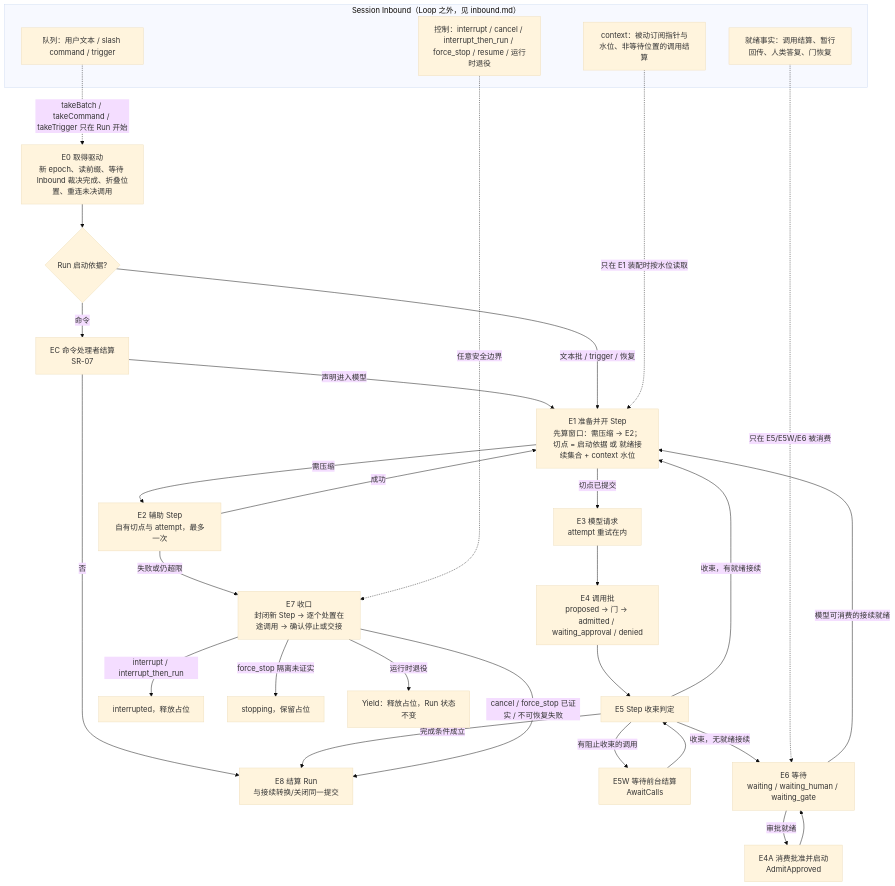
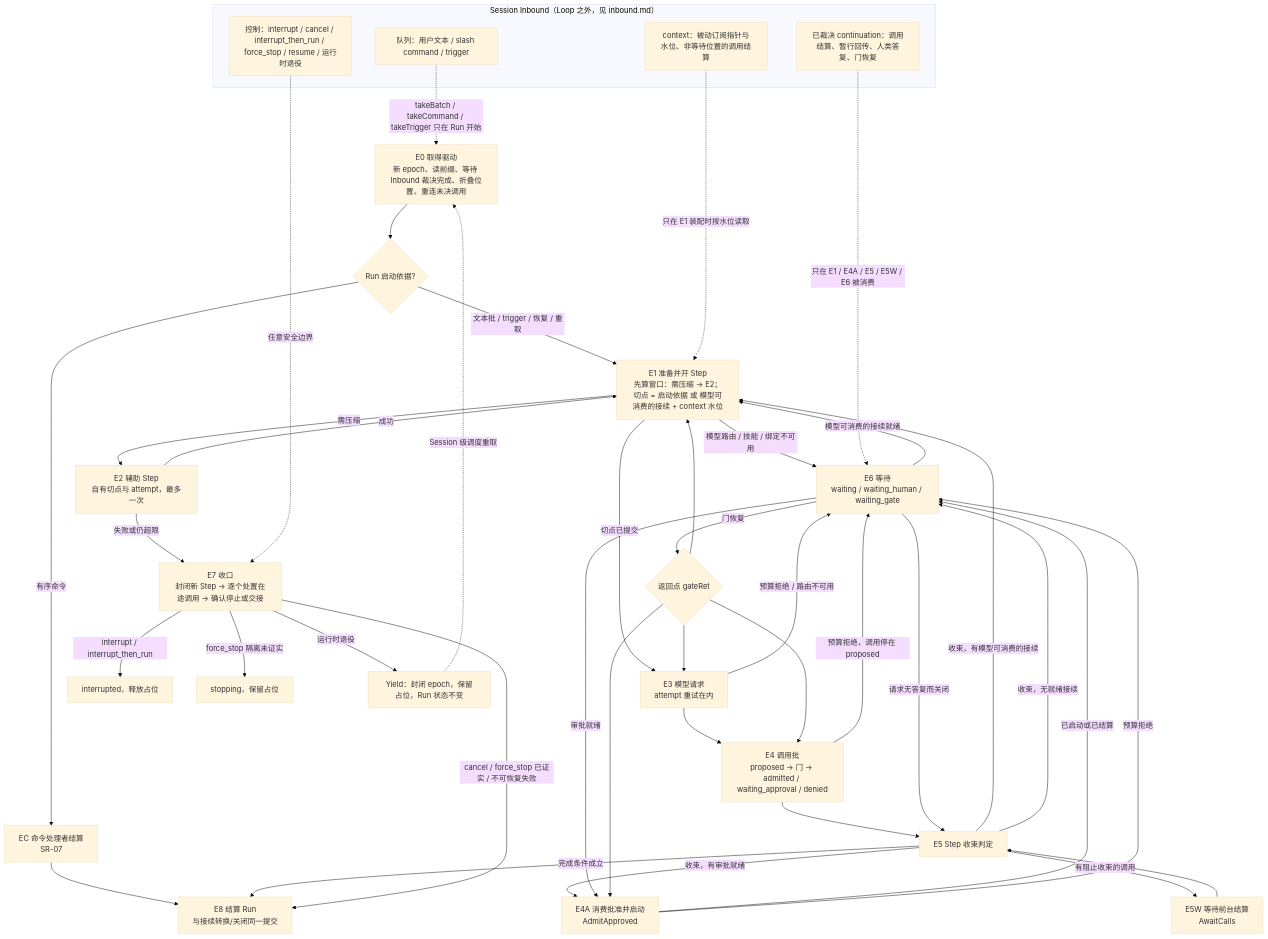
One commit to nemori-ai/omne-harness-lite changed the diagram in docs/proposals/agent-loop-inbound/loop.md. Above: the diagram before and after it, drawn with Mermaid (base theme). The commit also changed other lines of this file and 4 other files, not shown here.

````diff
--- a/docs/proposals/agent-loop-inbound/loop.md
+++ b/docs/proposals/agent-loop-inbound/loop.md
@@ -33,38 +34,49 @@
 ```mermaid
 flowchart TB
     subgraph IN[Session Inbound（Loop 之外，见 inbound.md）]
       Q[队列：用户文本 / slash command / trigger]
-      F[就绪事实：调用结算、暂行回传、人类答复、门恢复]
+      F[已裁决 continuation：调用结算、暂行回传、人类答复、门恢复]
       X[context：被动订阅指针与水位、非等待位置的调用结算]
       C[控制：interrupt / cancel / interrupt_then_run / force_stop / resume / 运行时退役]
     end
     E0[E0 取得驱动<br/>新 epoch、读前缀、等待 Inbound 裁决完成、折叠位置、重连未决调用] --> R{Run 启动依据?}
-    R -- 命令 --> EC[EC 命令处理者结算<br/>SR-07]
-    EC -- 声明进入模型 --> E1
-    EC -- 否 --> E8
-    R -- 文本批 / trigger / 恢复 --> E1
-    E1[E1 准备并开 Step<br/>先算窗口：需压缩 → E2；<br/>切点 = 启动依据 或 就绪接续集合 + context 水位]
+    R -- 有序命令 --> EC[EC 命令处理者结算<br/>SR-07]
+    EC --> E8
+    R -- 文本批 / trigger / 恢复 / 重取 --> E1
+    E1[E1 准备并开 Step<br/>先算窗口：需压缩 → E2；<br/>切点 = 启动依据 或 模型可消费的接续 + context 水位]
     E1 -- 需压缩 --> E2[E2 辅助 Step<br/>自有切点与 attempt，最多一次]
     E2 -- 成功 --> E1
     E2 -- 失败或仍超限 --> E7
+    E1 -- 模型路由 / 技能 / 绑定不可用 --> E6
     E1 -- 切点已提交 --> E3[E3 模型请求<br/>attempt 重试在内]
+    E3 -- 预算拒绝 / 路由不可用 --> E6
     E3 --> E4[E4 调用批<br/>proposed → 门 → admitted / waiting_approval / denied]
+    E4 -- 预算拒绝，调用停在 proposed --> E6
     E4 --> E5[E5 Step 收束判定]
     E5 -- 有阻止收束的调用 --> E5W[E5W 等待前台结算<br/>AwaitCalls]
     E5W --> E5
-    E5 -- 收束，有就绪接续 --> E1
+    E5 -- 收束，有模型可消费的接续 --> E1
+    E5 -- 收束，有审批就绪 --> E4A
     E5 -- 收束，无就绪接续 --> E6[E6 等待<br/>waiting / waiting_human / waiting_gate]
     E6 -- 模型可消费的接续就绪 --> E1
     E6 -- 审批就绪 --> E4A[E4A 消费批准并启动<br/>AdmitApproved]
-    E4A --> E6
+    E4A -- 已启动或已结算 --> E6
+    E4A -- 预算拒绝 --> E6
+    E6 -- 请求无答复而关闭 --> E5
+    E6 -- 门恢复 --> RET{返回点 gateRet}
+    RET --> E1
+    RET --> E3
+    RET --> E4
+    RET --> E4A
     E5 -- 完成条件成立 --> E8[E8 结算 Run<br/>与接续转换/关闭同一提交]
     E7[E7 收口<br/>封闭新 Step → 逐个处置在途调用 → 确认停止或交接]
     E7 -- interrupt / interrupt_then_run --> EI[interrupted，释放占位]
     E7 -- force_stop 隔离未证实 --> ES[stopping，保留占位]
     E7 -- cancel / force_stop 已证实 / 不可恢复失败 --> E8
-    E7 -- 运行时退役 --> EY[Yield：释放占位，Run 状态不变]
+    E7 -- 运行时退役 --> EY[Yield：封闭 epoch，保留占位，Run 状态不变]
+    EY -. Session 级调度重取 .-> E0
     Q -. takeBatch / takeCommand / takeTrigger 只在 Run 开始 .-> E0
-    F -. 只在 E5/E5W/E6 被消费 .-> E6
+    F -. 只在 E1 / E4A / E5 / E5W / E6 被消费 .-> E6
     X -. 只在 E1 装配时按水位读取 .-> E1
     C -. 任意安全边界 .-> E7
 ```
````
